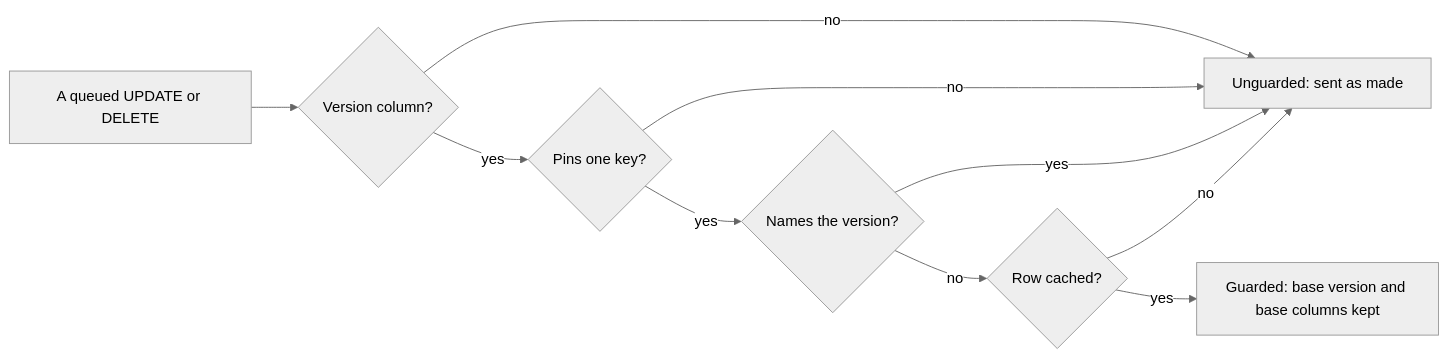
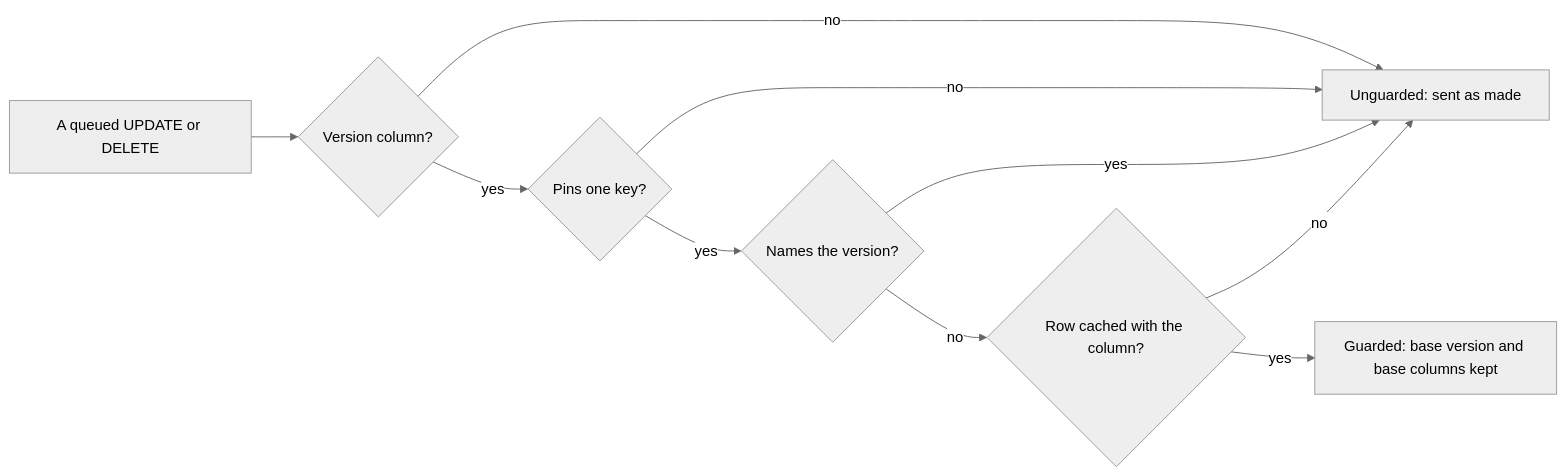
Before and after one commit to nesfeder/supabase-offline-kt: the second of 8 diagrams in docs/behaviors/conflicts.md, drawn with Mermaid (neutral theme). The commit also changed other lines of this file and 11 other files, not shown here.

First line of the commit message:
docs(conflicts): request lines, in-flight writes and the cached version column (#186)

````diff
--- a/docs/behaviors/conflicts.md
+++ b/docs/behaviors/conflicts.md
@@ -90,12 +92,12 @@
 ```mermaid
 flowchart LR
     W["A queued UPDATE or DELETE"] --> V{"Version column?"}
     V -- no --> N["Unguarded: sent as made"]
     V -- yes --> K{"Pins one key?"}
     K -- no --> N
     K -- yes --> F{"Names the version?"}
     F -- yes --> N
-    F -- no --> C{"Row cached?"}
+    F -- no --> C{"Row cached with the column?"}
     C -- no --> N
     C -- yes --> B["Guarded: base version and base columns kept"]
 ```
````
